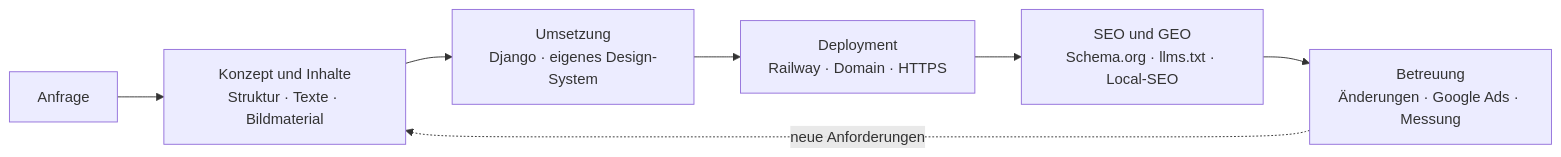
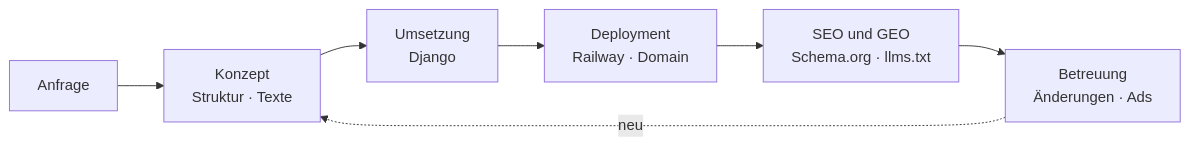
Before and after one commit to BastianScherzinger/BastianScherzinger: the first of 7 diagrams in README.md, drawn with Mermaid. The commit also changed other lines of this file and 3 other files, not shown here.

First line of the commit message:
fix: Hero-Bild mit Versionsparameter, Ablaufdiagramm schmaler

````diff
--- a/README.md
+++ b/README.md
@@ -19,9 +19,9 @@
 ```mermaid
 flowchart LR
-    A["Anfrage"] --> B["Konzept und Inhalte<br/>Struktur · Texte · Bildmaterial"]
-    B --> C["Umsetzung<br/>Django · eigenes Design-System"]
-    C --> D["Deployment<br/>Railway · Domain · HTTPS"]
-    D --> E["SEO und GEO<br/>Schema.org · llms.txt · Local-SEO"]
-    E --> F["Betreuung<br/>Änderungen · Google Ads · Messung"]
-    F -. neue Anforderungen .-> B
+    A["Anfrage"] --> B["Konzept<br/>Struktur · Texte"]
+    B --> C["Umsetzung<br/>Django"]
+    C --> D["Deployment<br/>Railway · Domain"]
+    D --> E["SEO und GEO<br/>Schema.org · llms.txt"]
+    E --> F["Betreuung<br/>Änderungen · Ads"]
+    F -. neu .-> B
 ```
````
